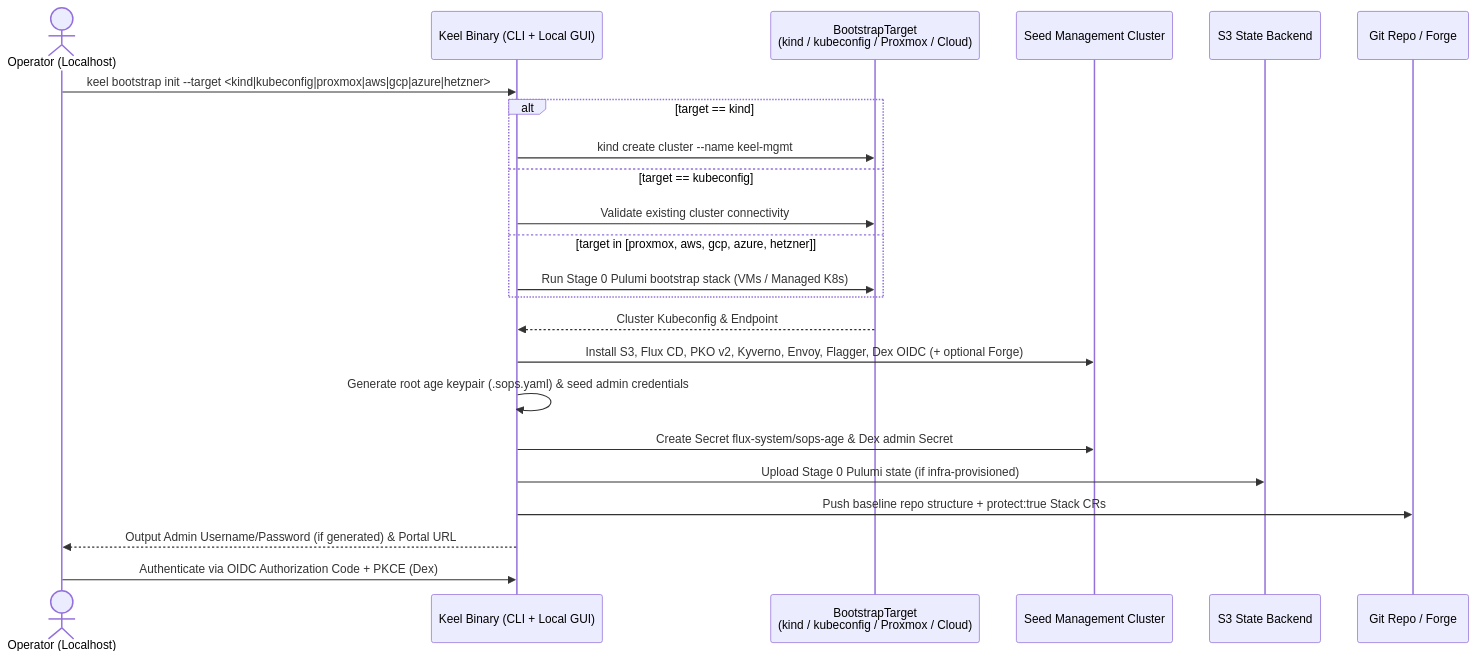
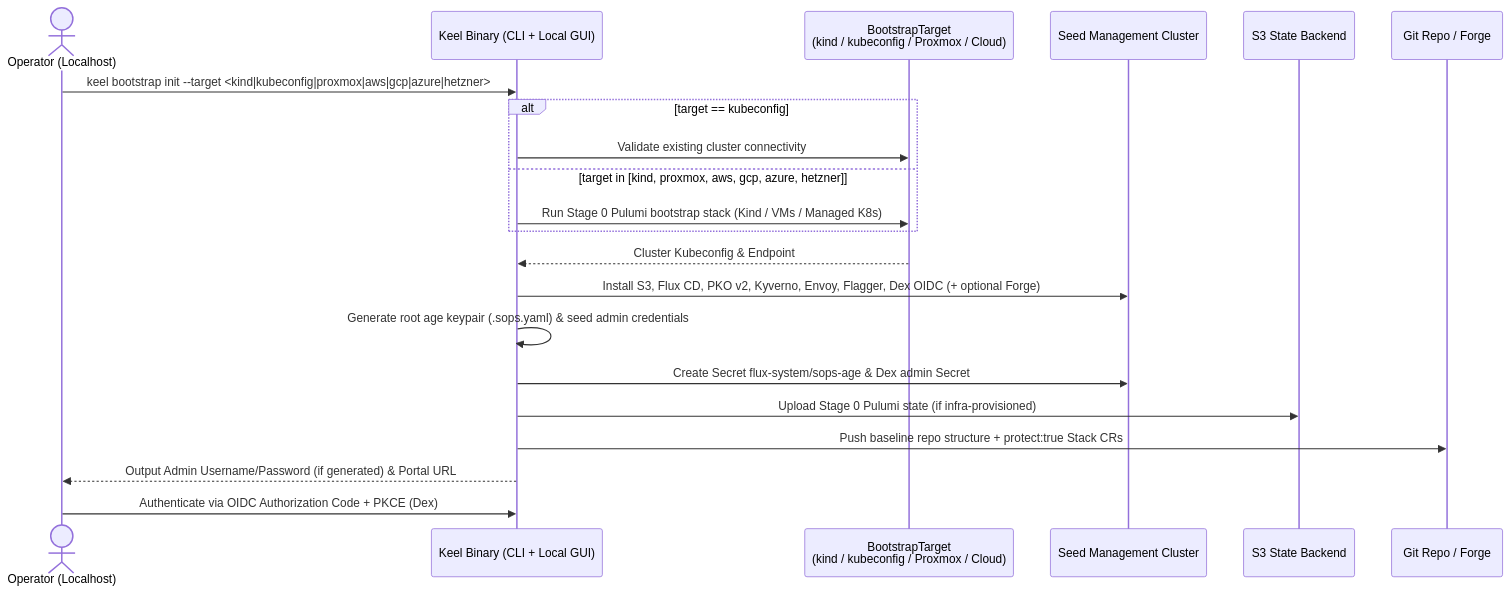
The second of 5 diagrams in SDD.md (rdylanwalker/keel), drawn with Mermaid before and after one commit. The commit also changed other lines of this file and 1 other file, not shown here.

Commit message:
docs: align SDD and AGENTS with Stage 0 Pulumi kind

````diff
--- a/SDD.md
+++ b/SDD.md
@@ -98,26 +99,24 @@
 ```mermaid
 sequenceDiagram
     actor Op as Operator (Localhost)
     participant CLI as Keel Binary (CLI + Local GUI)
     participant Target as BootstrapTarget<br/>(kind / kubeconfig / Proxmox / Cloud)
     participant K8S as Seed Management Cluster
     participant S3 as S3 State Backend
     participant Git as Git Repo / Forge
 
     Op->>CLI: keel bootstrap init --target <kind|kubeconfig|proxmox|aws|gcp|azure|hetzner>
-    alt target == kind
-        CLI->>Target: kind create cluster --name keel-mgmt
-    else target == kubeconfig
+    alt target == kubeconfig
         CLI->>Target: Validate existing cluster connectivity
-    else target in [proxmox, aws, gcp, azure, hetzner]
-        CLI->>Target: Run Stage 0 Pulumi bootstrap stack (VMs / Managed K8s)
+    else target in [kind, proxmox, aws, gcp, azure, hetzner]
+        CLI->>Target: Run Stage 0 Pulumi bootstrap stack (Kind / VMs / Managed K8s)
     end
     Target-->>CLI: Cluster Kubeconfig & Endpoint
     CLI->>K8S: Install S3, Flux CD, PKO v2, Kyverno, Envoy, Flagger, Dex OIDC (+ optional Forge)
     CLI->>CLI: Generate root age keypair (.sops.yaml) & seed admin credentials
     CLI->>K8S: Create Secret flux-system/sops-age & Dex admin Secret
     CLI->>S3: Upload Stage 0 Pulumi state (if infra-provisioned)
     CLI->>Git: Push baseline repo structure + protect:true Stack CRs
     CLI-->>Op: Output Admin Username/Password (if generated) & Portal URL
     Op->>CLI: Authenticate via OIDC Authorization Code + PKCE (Dex)
 ```
````
